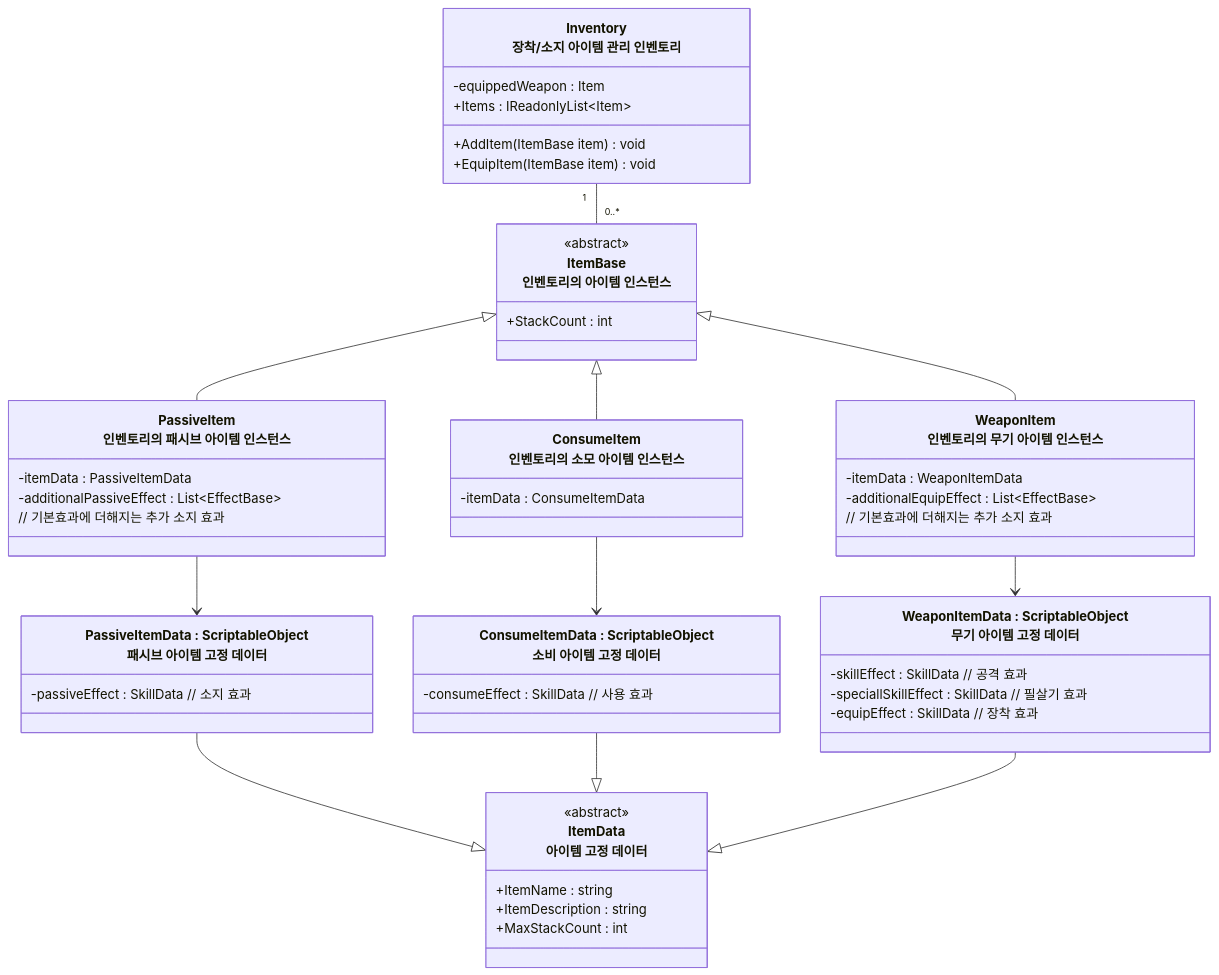
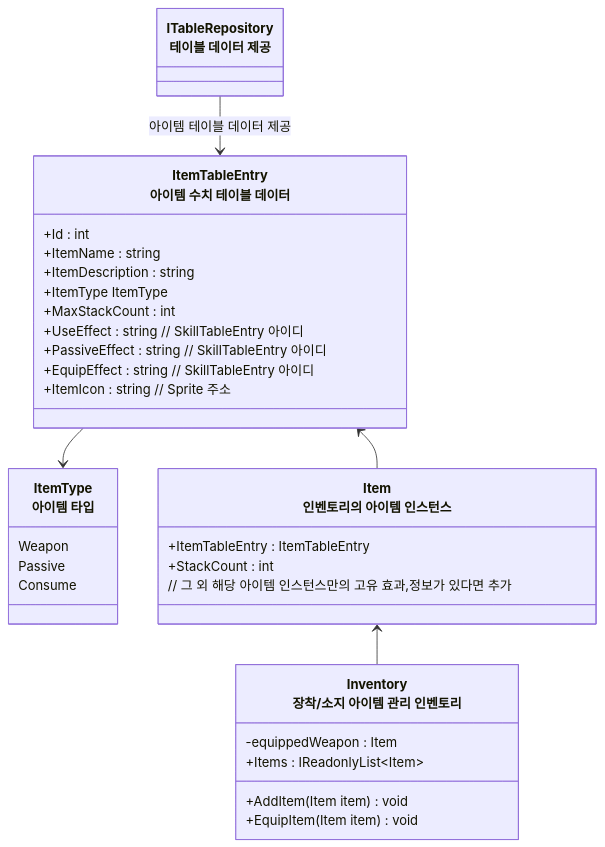
The first of 2 diagrams in README/아이템,인벤토리_설계.md (JIN5EOK/DungeonShooter), drawn with Mermaid before and after one commit. The commit also changed other lines of this file and 1 other file, not shown here.

Commit message:
docs: 아이템 설계 수정

````diff
--- a/README/아이템,인벤토리_설계.md
+++ b/README/아이템,인벤토리_설계.md
@@ -27,62 +27,38 @@
 ```mermaid
 classDiagram
-    class ConsumeItemData["ConsumeItemData : ScriptableObject<br>소비 아이템 고정 데이터"]{
-        -consumeEffect : SkillData // 사용 효과
+	class ItemType["ItemType<br>아이템 타입"]{
+		Weapon
+		Passive
+		Consume
+	}
+    class ItemTableEntry["ItemTableEntry<br>아이템 수치 테이블 데이터"]{
+	    +Id : int
+	    +ItemName : string
+        +ItemDescription : string
+	    +ItemType ItemType
+	    +MaxStackCount : int
+	    +UseEffect : string // SkillTableEntry 아이디
+	    +PassiveEffect : string // SkillTableEntry 아이디
+	    +EquipEffect : string // SkillTableEntry 아이디
+	    +ItemIcon : string // Sprite 주소
     }
     
-    class PassiveItemData["PassiveItemData : ScriptableObject<br>패시브 아이템 고정 데이터"]{
-        -passiveEffect : SkillData // 소지 효과
-    }
-    
-    class WeaponItemData["WeaponItemData : ScriptableObject<br>무기 아이템 고정 데이터"]{
-        -skillEffect : SkillData // 공격 효과
-        -speciallSkillEffect : SkillData // 필살기 효과
-        -equipEffect : SkillData // 장착 효과
-    }
-    
-    class ItemData["ItemData<br>아이템 고정 데이터"]{
-        <<abstract>>
-        +ItemName : string
-        +ItemDescription : string
-        +MaxStackCount : int
-    }
-    
-	class ItemBase["ItemBase<br>인벤토리의 아이템 인스턴스"]{
-        <<abstract>>
+	class Item["Item<br>인벤토리의 아이템 인스턴스"]{
+        +ItemTableEntry : ItemTableEntry
         +StackCount : int
+        // 그 외 해당 아이템 인스턴스만의 고유 효과,정보가 있다면 추가
     }
 
     class Inventory["Inventory<br>장착/소지 아이템 관리 인벤토리"]{
         -equippedWeapon : Item
         +Items : IReadonlyList~Item~
-        +AddItem(ItemBase item) void
-        +EquipItem(ItemBase item) void
+        +AddItem(Item item) void
+        +EquipItem(Item item) void
     }
-
-	class WeaponItem["WeaponItem<br>인벤토리의 무기 아이템 인스턴스"]{
-		-itemData : WeaponItemData
-		-additionalEquipEffect : List~EffectBase~ 
-		// 기본효과에 더해지는 추가 소지 효과
-	}
-	class PassiveItem["PassiveItem<br>인벤토리의 패시브 아이템 인스턴스"]{
-		-itemData : PassiveItemData
-		-additionalPassiveEffect : List~EffectBase~ 
-		// 기본효과에 더해지는 추가 소지 효과
-	}
-	class ConsumeItem["ConsumeItem<br>인벤토리의 소모 아이템 인스턴스"]{
-		-itemData : ConsumeItemData
-	}
-
-	Inventory "1" -- "0..*" ItemBase
-
-    ItemBase <|-- PassiveItem
-    ItemBase <|-- ConsumeItem
-    ItemBase <|-- WeaponItem
-    PassiveItem --> PassiveItemData
-    ConsumeItem --> ConsumeItemData
-    WeaponItem --> WeaponItemData
-    
-    PassiveItemData --|> ItemData
-    ConsumeItemData --|> ItemData
-    WeaponItemData --|> ItemData
+	
+	class ITableRepository["ITableRepository<br>테이블 데이터 제공"]
+	ITableRepository --> ItemTableEntry : 아이템 테이블 데이터 제공    
+    ItemTableEntry --> ItemType
+    ItemTableEntry <-- Item
+    Item <-- Inventory
 ```
````
